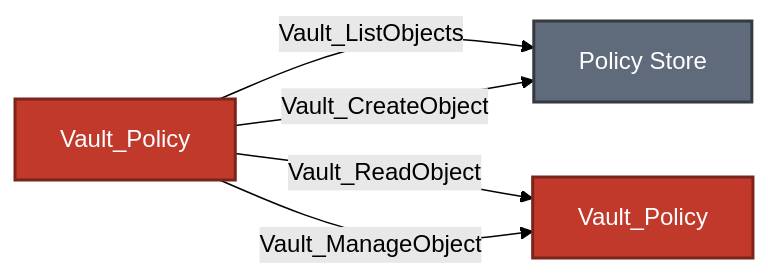
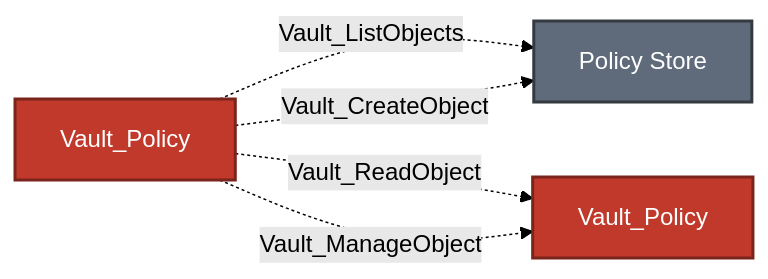
Before and after one commit to bytewreck/opengraph-vault: the third of 6 diagrams in Documentation/stores/POLICIES.md, drawn with Mermaid (forest theme). The commit also changed other lines of this file and 5 other files, not shown here.

````diff
--- a/Documentation/stores/POLICIES.md
+++ b/Documentation/stores/POLICIES.md
@@ -117,10 +116,10 @@
 ```mermaid
 flowchart LR
-    admin[Vault_Policy]:::policyNode -->|Vault_ListObjects| store[Policy Store]:::storeNode
-    admin -->|Vault_CreateObject| store
-    admin -->|Vault_ReadObject| target[Vault_Policy]:::policyNode
-    admin -->|Vault_ManageObject| target
+    admin[Vault_Policy]:::policyNode -.->|Vault_ListObjects| store[Policy Store]:::storeNode
+    admin -.->|Vault_CreateObject| store
+    admin -.->|Vault_ReadObject| target[Vault_Policy]:::policyNode
+    admin -.->|Vault_ManageObject| target
 
     classDef policyNode fill:#C0392B,color:#fff,stroke:#7B241C,stroke-width:2px
     classDef storeNode fill:#5F6B7A,color:#fff,stroke:#343A40,stroke-width:2px
 ```
````
